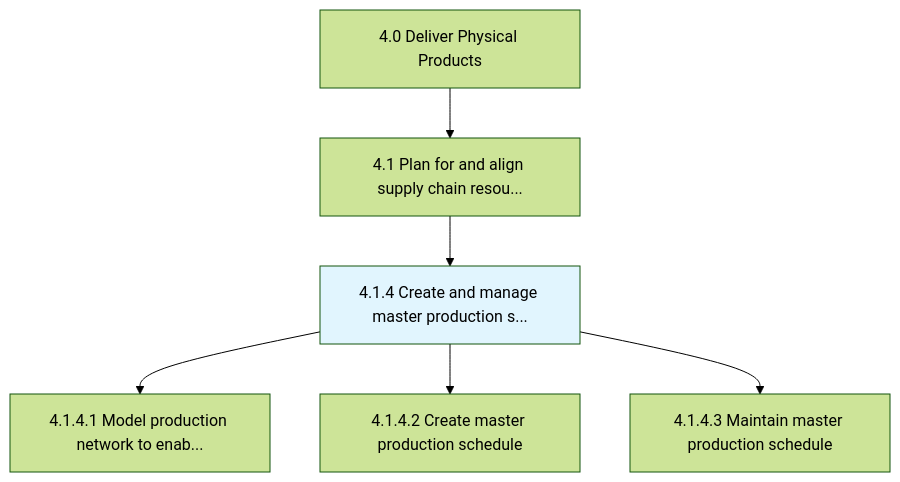
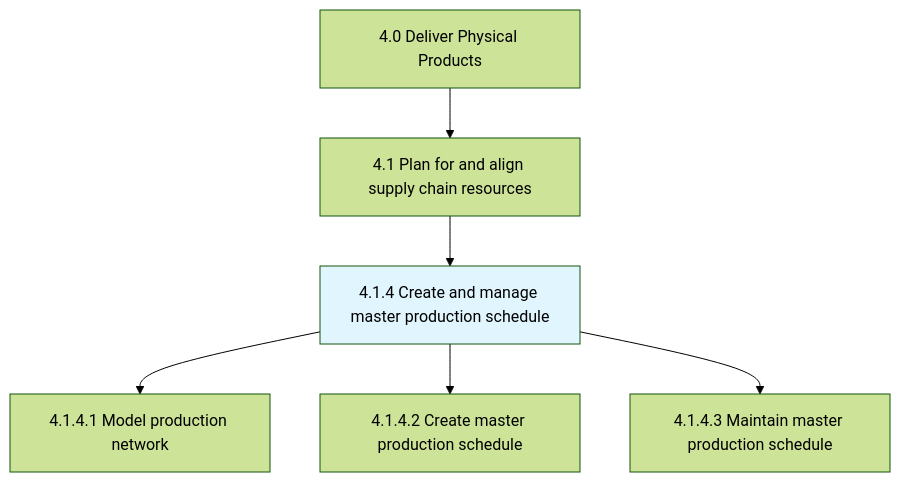
Before and after one commit to kziemski/business.org.ai: the first of 2 diagrams in processes/04-Delivery/4.1-PlanAlignSupplyChain/4.1.4-CreateManageMasterProduction/index.mdx, drawn with Mermaid (forest theme). The commit also changed other lines of this file and 885 other files, not shown here.

````diff
--- a/processes/04-Delivery/4.1-PlanAlignSupplyChain/4.1.4-CreateManageMasterProduction/index.mdx
+++ b/processes/04-Delivery/4.1-PlanAlignSupplyChain/4.1.4-CreateManageMasterProduction/index.mdx
@@ -25,10 +25,10 @@
 ```mermaid
 graph TD
     C4["4.0 Deliver Physical Products"]
-    C4 --> N4_1["4.1 Plan for and align supply chain resou..."]
-    N4_1 --> N4_1_4["4.1.4 Create and manage master production s..."]
+    C4 --> N4_1["4.1 Plan for and align supply chain resources"]
+    N4_1 --> N4_1_4["4.1.4 Create and manage master production schedule"]
     style N4_1_4 fill:#e1f5fe
-    N4_1_4 --> N4_1_4_1["4.1.4.1 Model production network to enab..."]
+    N4_1_4 --> N4_1_4_1["4.1.4.1 Model production network"]
     N4_1_4 --> N4_1_4_2["4.1.4.2 Create master production schedule"]
     N4_1_4 --> N4_1_4_3["4.1.4.3 Maintain master production schedule"]
 ```
````
